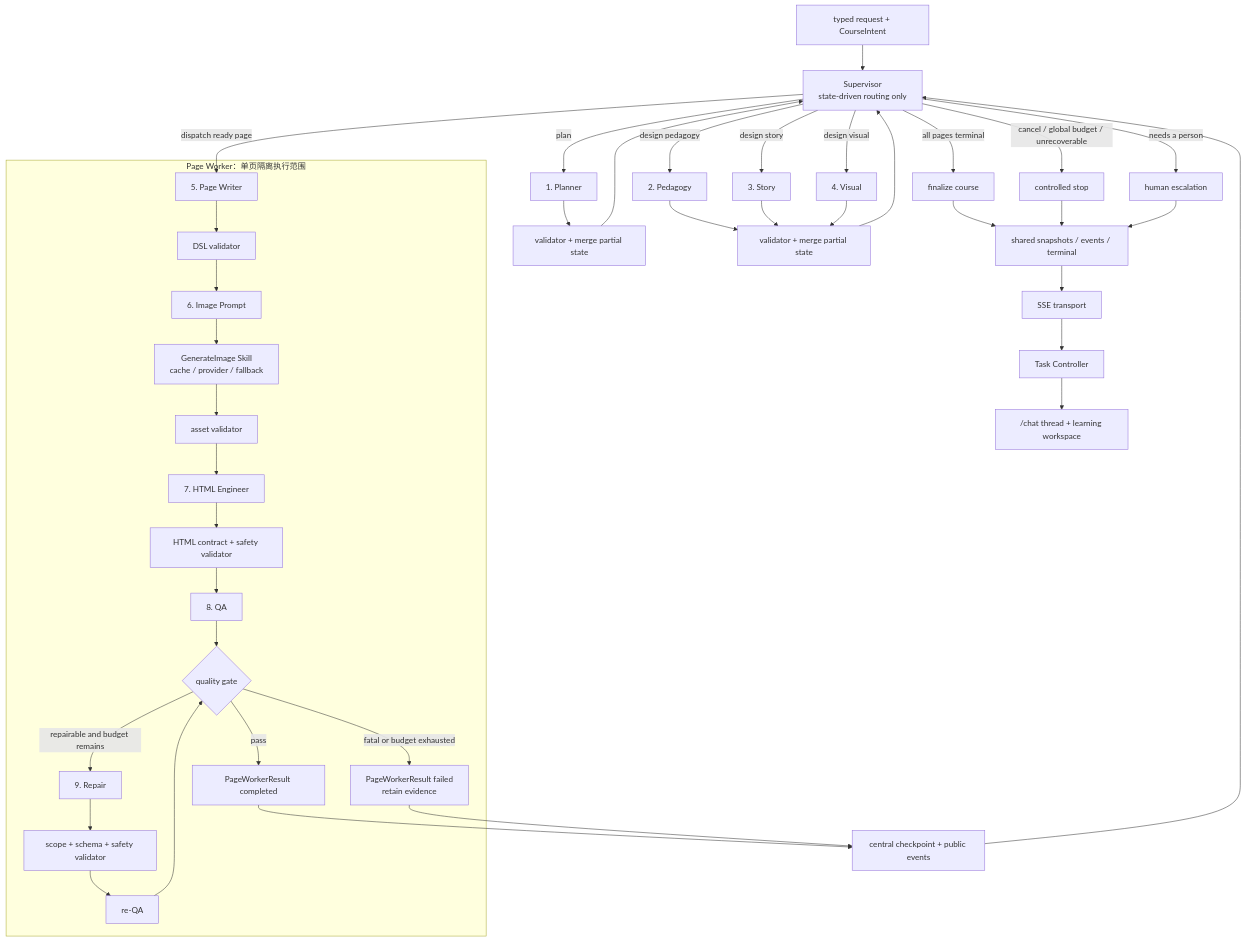
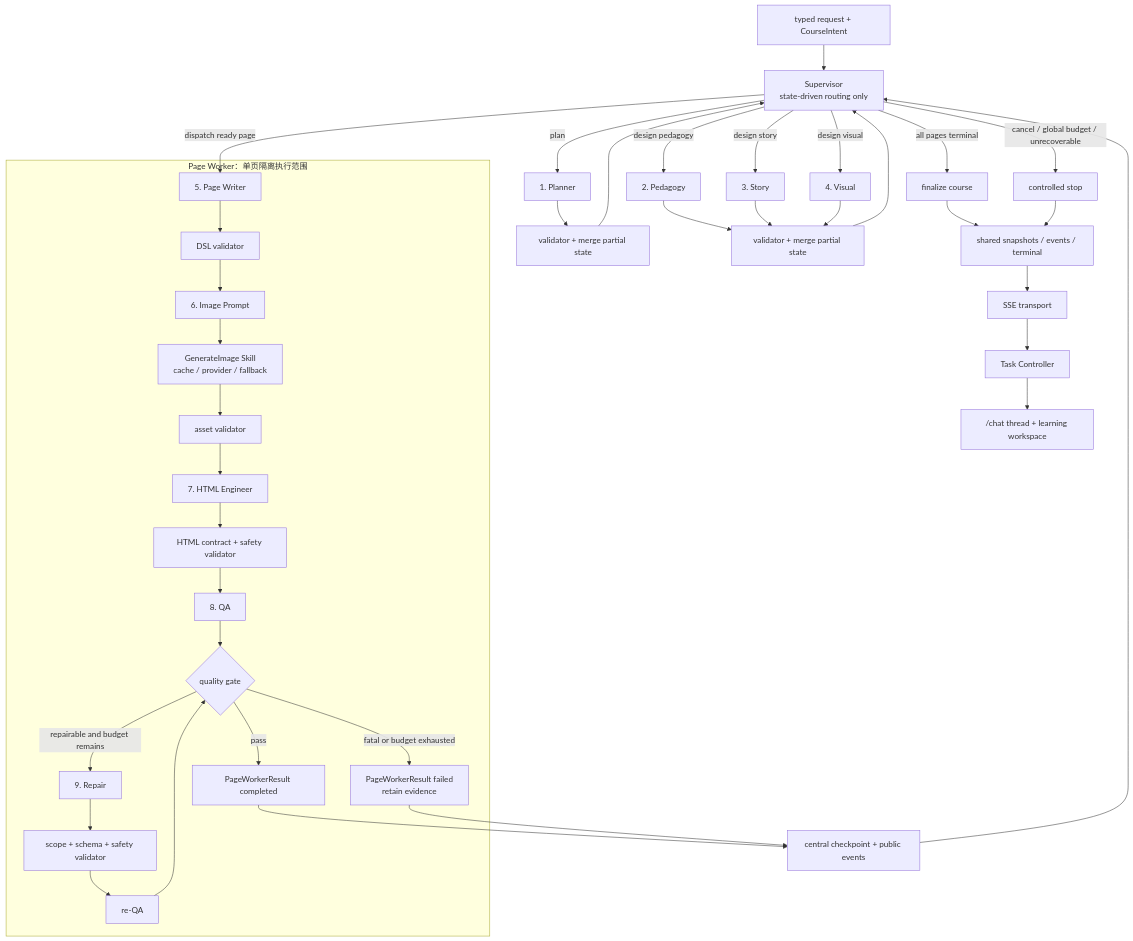
One commit to dxj-fe/ai-course-generator changed the first of 3 diagrams in docs/architecture/multi-agent-flow.md. Above: the diagram before and after it, drawn with Mermaid. The commit also changed other lines of this file and 14 other files, not shown here.

````diff
--- a/docs/architecture/multi-agent-flow.md
+++ b/docs/architecture/multi-agent-flow.md
@@ -21,47 +21,44 @@
 ```mermaid
 flowchart TD
   Intake["typed request + CourseIntent"] --> Supervisor["Supervisor<br/>state-driven routing only"]
   Supervisor -->|"plan"| Planner["1. Planner"]
   Planner --> ValidatePlan["validator + merge partial state"]
   ValidatePlan --> Supervisor
 
   Supervisor -->|"design pedagogy"| Pedagogy["2. Pedagogy"]
   Pedagogy --> ValidateDesign["validator + merge partial state"]
   Supervisor -->|"design story"| Story["3. Story"]
   Story --> ValidateDesign
   Supervisor -->|"design visual"| Visual["4. Visual"]
   Visual --> ValidateDesign
   ValidateDesign --> Supervisor
 
   subgraph PageWorker ["Page Worker：单页隔离执行范围"]
     PageWriter["5. Page Writer"] --> ValidateDsl["DSL validator"]
     ValidateDsl --> ImagePrompt["6. Image Prompt"]
     ImagePrompt --> ImageSkill["GenerateImage Skill<br/>cache / provider / fallback"]
     ImageSkill --> ValidateAssets["asset validator"]
     ValidateAssets --> HtmlEngineer["7. HTML Engineer"]
     HtmlEngineer --> ValidateHtml["HTML contract + safety validator"]
     ValidateHtml --> QA["8. QA"]
     QA --> QualityGate{"quality gate"}
     QualityGate -->|"pass"| PageResult["PageWorkerResult completed"]
     QualityGate -->|"repairable and budget remains"| Repair["9. Repair"]
     Repair --> ValidateRepair["scope + schema + safety validator"]
     ValidateRepair --> ReQA["re-QA"]
     ReQA --> QualityGate
     QualityGate -->|"fatal or budget exhausted"| PageFailed["PageWorkerResult failed<br/>retain evidence"]
   end
 
   Supervisor -->|"dispatch ready page"| PageWriter
   PageResult --> WorkerCheckpoint["central checkpoint + public events"]
   PageFailed --> WorkerCheckpoint
   WorkerCheckpoint --> Supervisor
   Supervisor -->|"all pages terminal"| Finalize["finalize course"]
   Supervisor -->|"cancel / global budget / unrecoverable"| Stop["controlled stop"]
-  Supervisor -->|"needs a person"| Human["human escalation"]
-
   Finalize --> Transport["shared snapshots / events / terminal"]
   Stop --> Transport
-  Human --> Transport
   Transport --> SSE["SSE transport"]
   SSE --> Controller["Task Controller"]
   Controller --> UI["/chat thread + learning workspace"]
 ```
````
